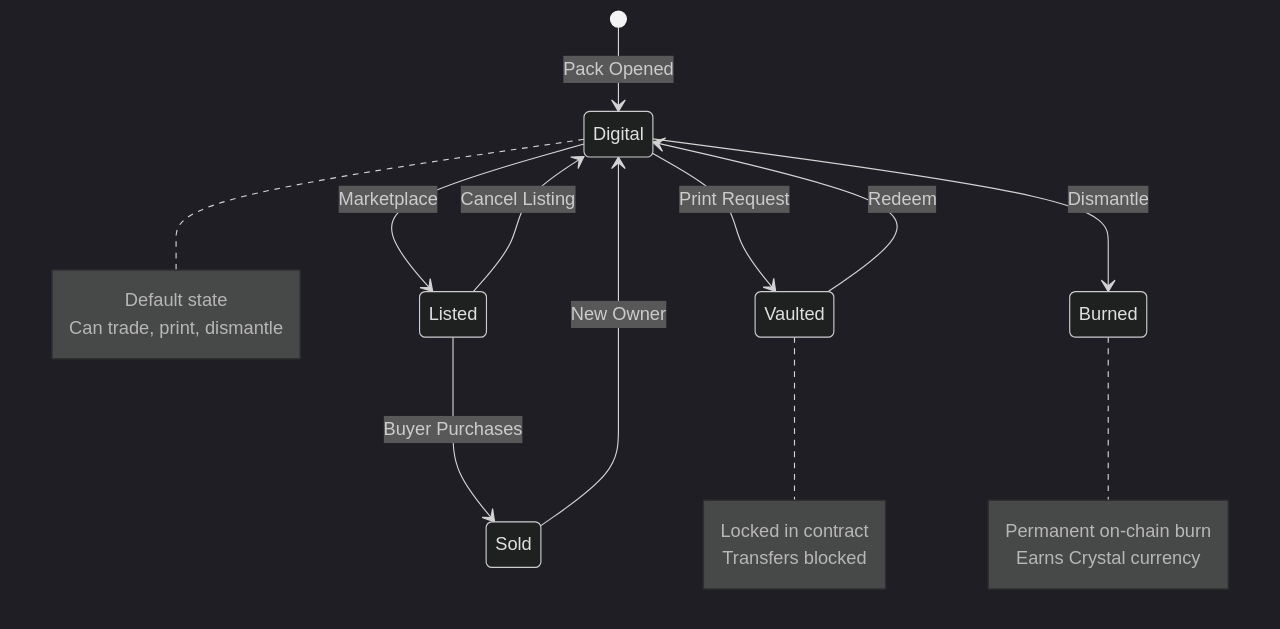
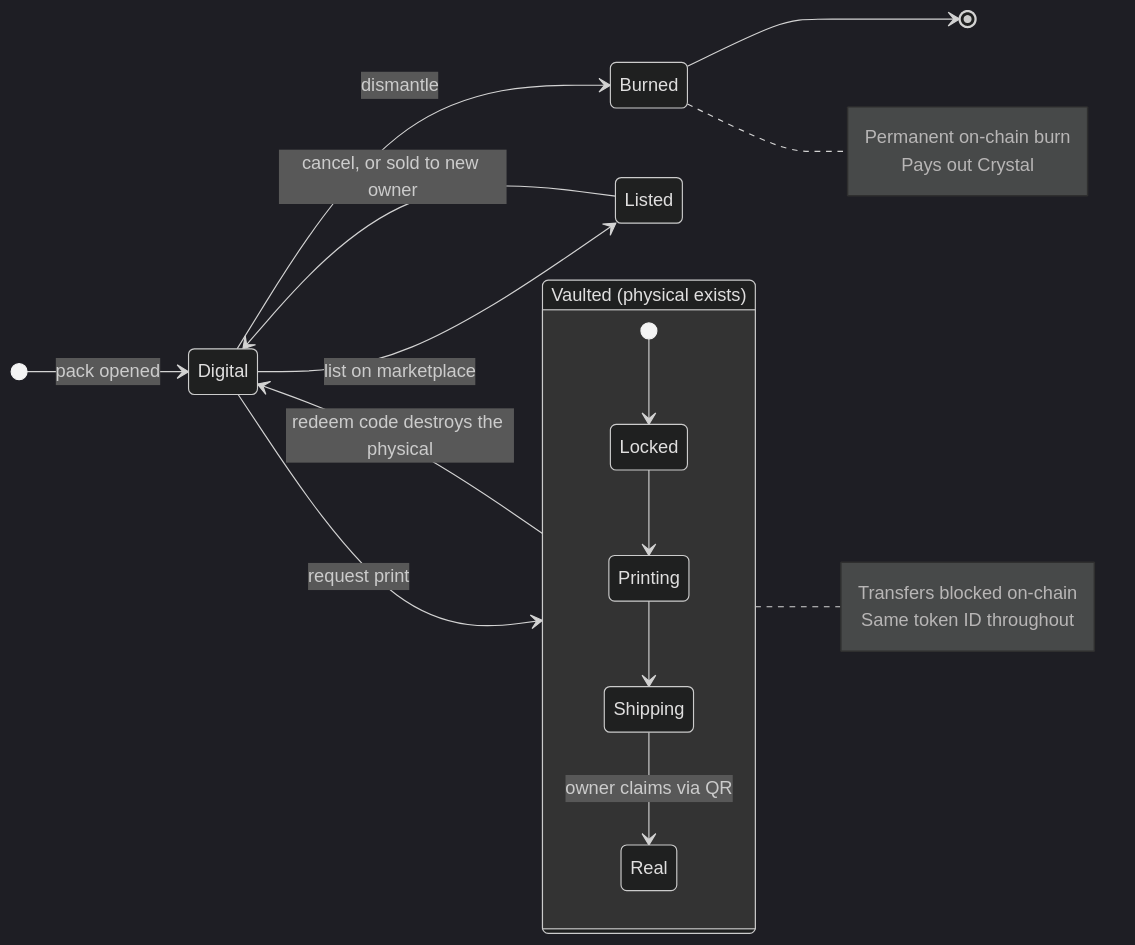
The fourth of 4 diagrams in README.md (Gihasy/gachard-monad), drawn with Mermaid (dark theme) before and after one commit. The commit also changed other lines of this file, not shown here.

````diff
--- a/README.md
+++ b/README.md
@@ -95,26 +157,29 @@
 ```mermaid
 stateDiagram-v2
-    [*] --> Digital: Pack Opened
-    Digital --> Vaulted: Print Request
-    Vaulted --> Digital: Redeem
-    Digital --> Burned: Dismantle
-    Digital --> Listed: Marketplace
-    Listed --> Digital: Cancel Listing
-    Listed --> Sold: Buyer Purchases
-    Sold --> Digital: New Owner
+    direction LR
+    [*] --> Digital: pack opened
 
-    note right of Digital
-        Default state
-        Can trade, print, dismantle
-    end note
+    state "Vaulted (physical exists)" as Vaulted {
+        [*] --> Locked
+        Locked --> Printing
+        Printing --> Shipping
+        Shipping --> Real: owner claims via QR
+    }
+
+    Digital --> Listed: list on marketplace
+    Listed --> Digital: cancel, or sold to new owner
+    Digital --> Vaulted: request print
+    Vaulted --> Digital: redeem code destroys the physical
+    Digital --> Burned: dismantle
+    Burned --> [*]
 
     note right of Vaulted
-        Locked in contract
-        Transfers blocked
+        Transfers blocked on-chain
+        Same token ID throughout
     end note
 
     note right of Burned
         Permanent on-chain burn
-        Earns Crystal currency
+        Pays out Crystal
     end note
 ```
````
